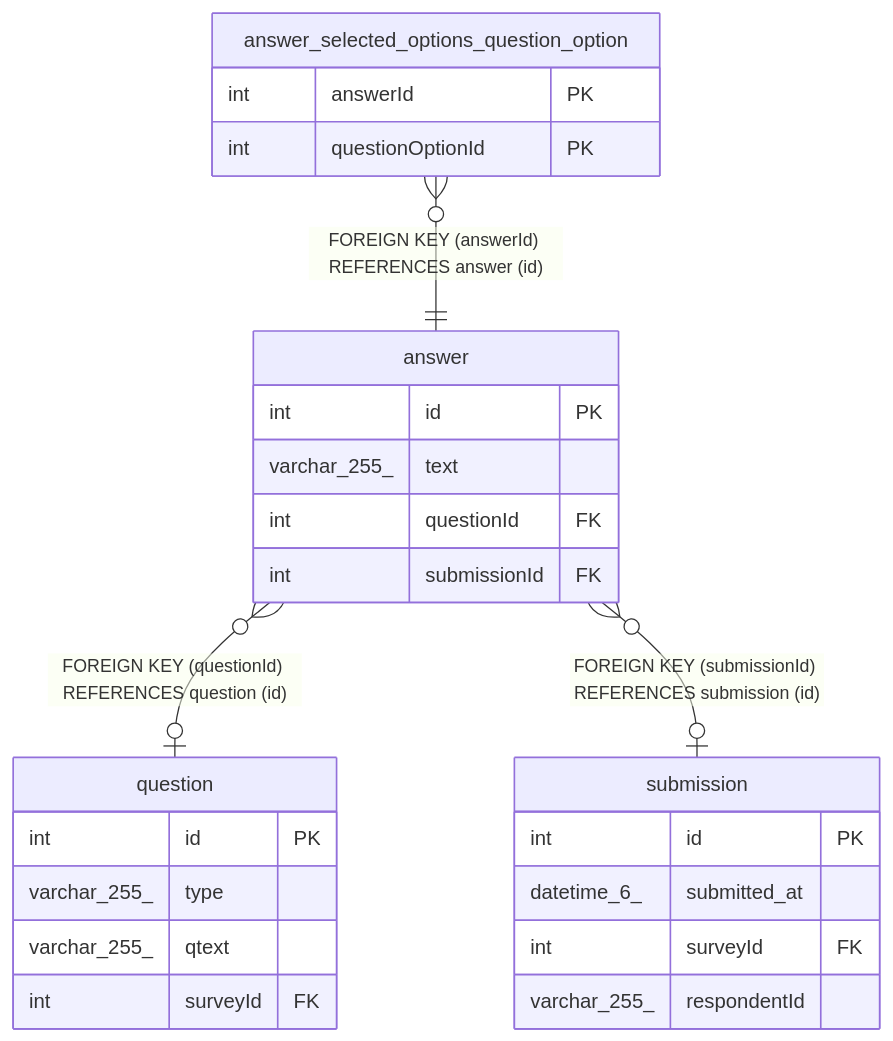
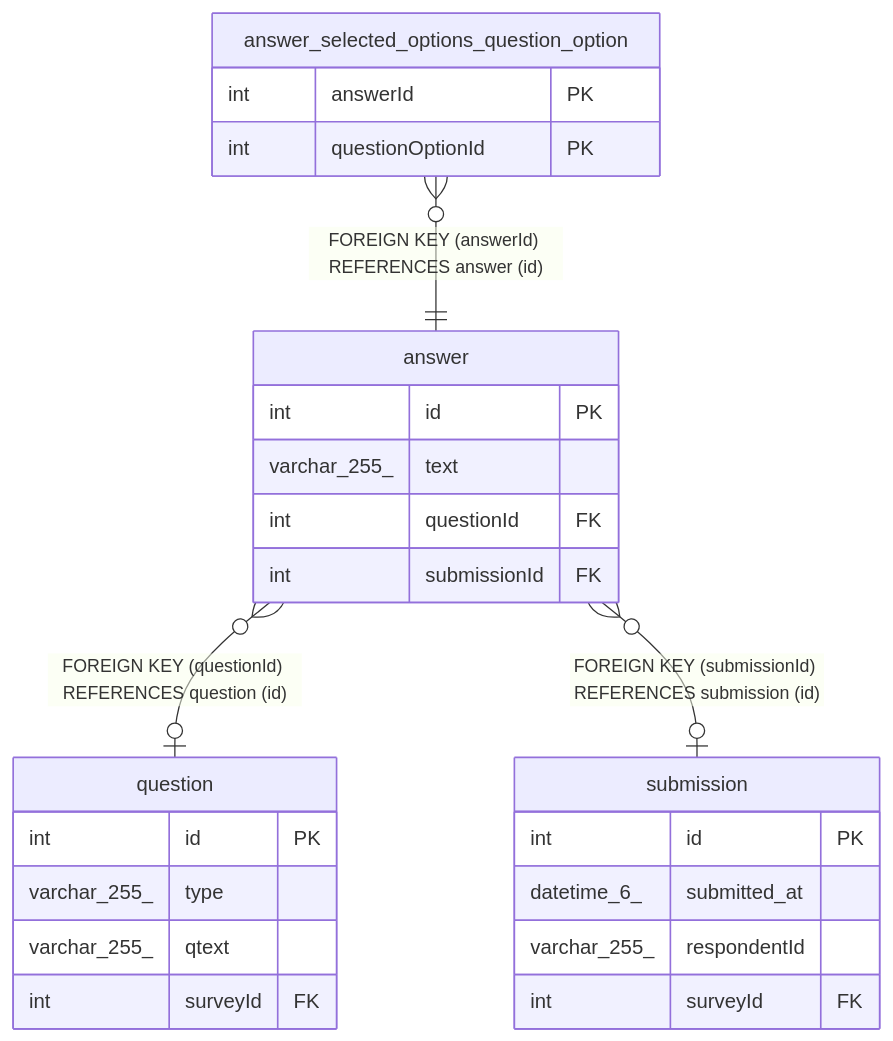
Before and after one commit to BepHblVI/First-nest: the diagram in docs/database/answer.md, drawn with Mermaid. The commit also changed other lines of this file and 17 other files, not shown here.

````diff
--- a/docs/database/answer.md
+++ b/docs/database/answer.md
@@ -51,30 +51,30 @@
 ```mermaid
 erDiagram
 
 "answer_selected_options_question_option" }o--|| "answer" : "FOREIGN KEY (answerId) REFERENCES answer (id)"
 "answer" }o--o| "question" : "FOREIGN KEY (questionId) REFERENCES question (id)"
 "answer" }o--o| "submission" : "FOREIGN KEY (submissionId) REFERENCES submission (id)"
 
 "answer" {
   int id PK
   varchar_255_ text
   int questionId FK
   int submissionId FK
 }
 "answer_selected_options_question_option" {
   int answerId PK
   int questionOptionId PK
 }
 "question" {
   int id PK
   varchar_255_ type
   varchar_255_ qtext
   int surveyId FK
 }
 "submission" {
   int id PK
   datetime_6_ submitted_at
+  varchar_255_ respondentId
   int surveyId FK
-  varchar_255_ respondentId
 }
 ```
````
